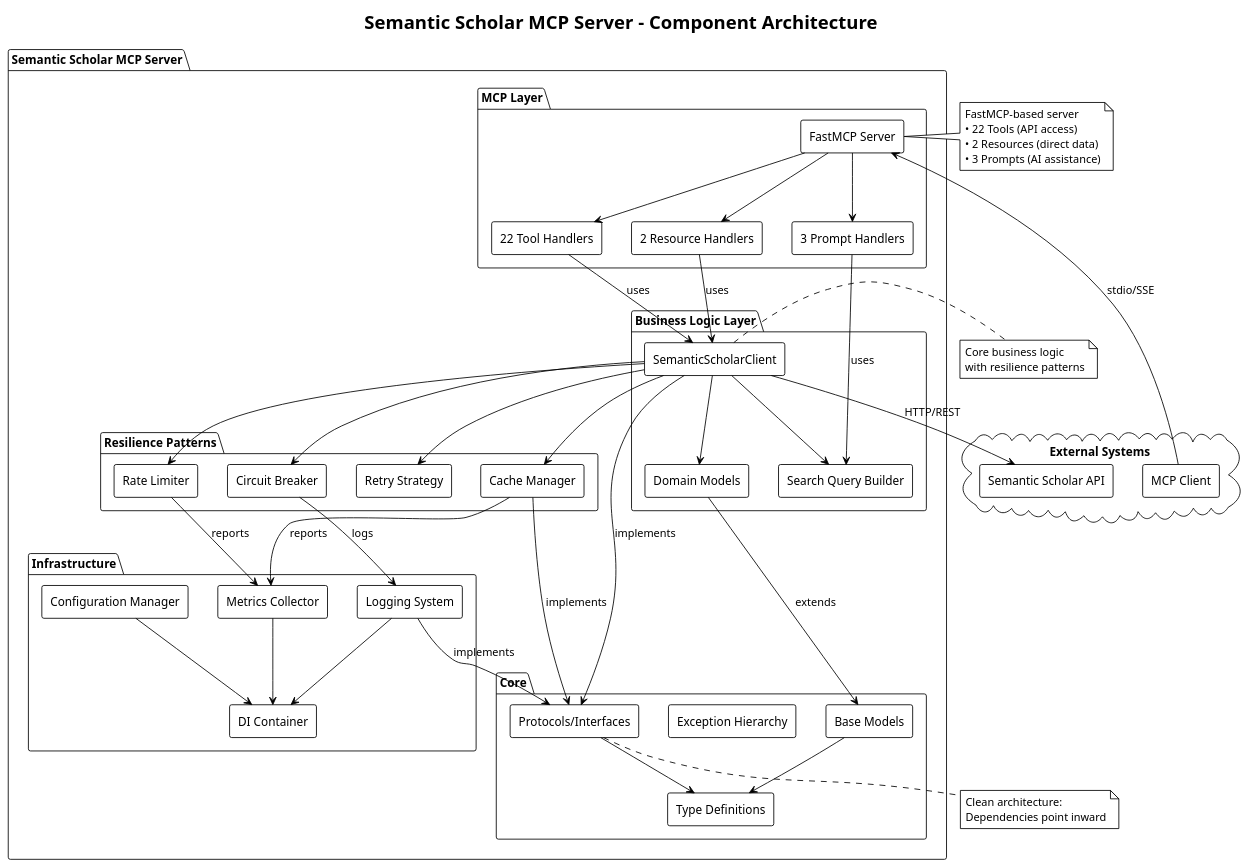
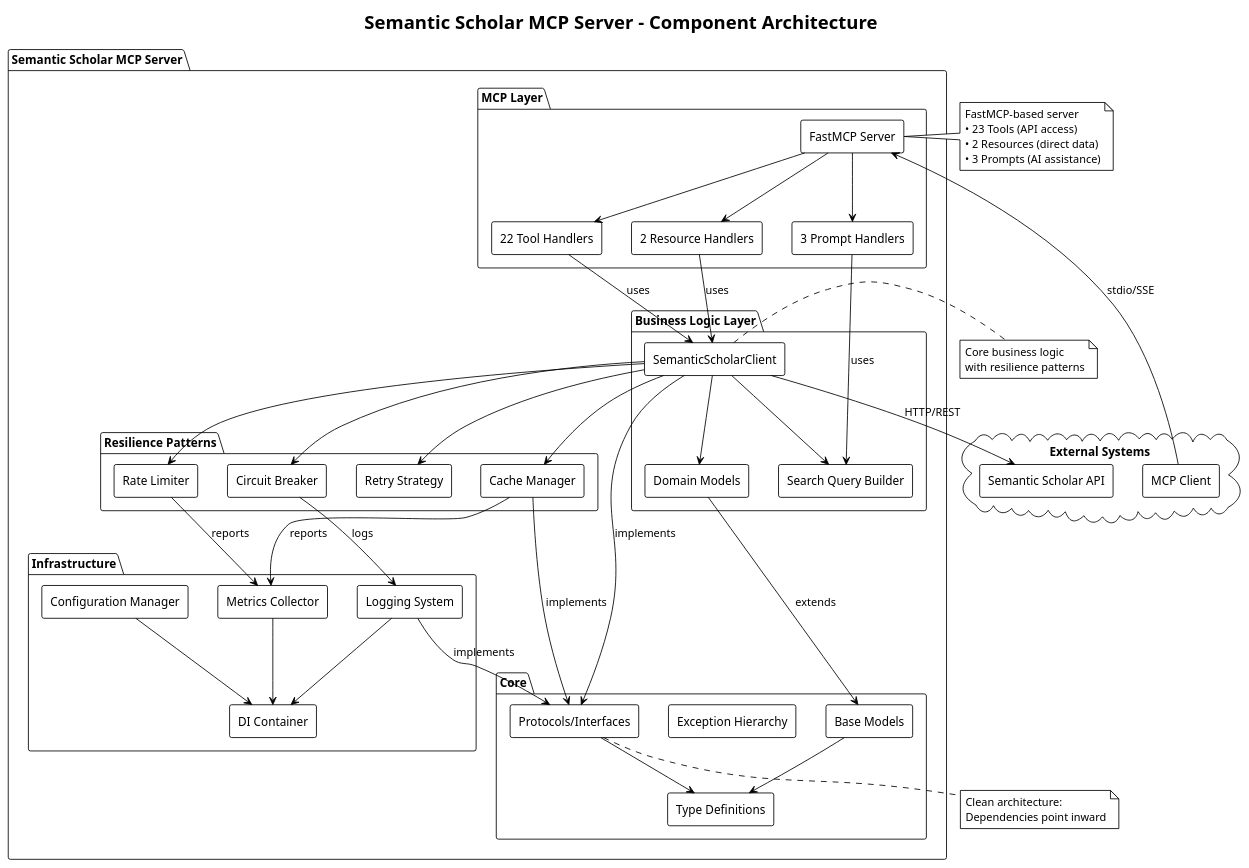
The diagram in docs/uml/02-overview-component-diagram.puml (hy20191108/semantic-scholar-mcp), drawn with PlantUML before and after one commit. The commit also changed 16 other files, not shown here.

```diff
--- a/docs/uml/02-overview-component-diagram.puml
+++ b/docs/uml/02-overview-component-diagram.puml
@@ -1,110 +1,110 @@
 @startuml semantic-scholar-mcp-component-diagram
 !theme plain
 skinparam componentStyle rectangle
 
 title Semantic Scholar MCP Server - Component Architecture
 
 ' External Systems
 cloud "External Systems" {
   [Semantic Scholar API] as SSAPI
   [MCP Client] as MCPClient
 }
 
 ' Main Application Package
 package "Semantic Scholar MCP Server" {
   
   ' MCP Layer
   package "MCP Layer" {
     [FastMCP Server] as MCPServer
     [22 Tool Handlers] as Tools
     [2 Resource Handlers] as Resources
     [3 Prompt Handlers] as Prompts
     
     MCPServer --> Tools
     MCPServer --> Resources
     MCPServer --> Prompts
   }
   
   ' Business Logic Layer
   package "Business Logic Layer" {
     [SemanticScholarClient] as Client
     [Domain Models] as Models
     [Search Query Builder] as QueryBuilder
     
     Client --> Models
     Client --> QueryBuilder
   }
   
   ' Resilience Layer
   package "Resilience Patterns" {
     [Circuit Breaker] as CB
     [Rate Limiter] as RL
     [Retry Strategy] as Retry
     [Cache Manager] as Cache
     
     Client --> CB
     Client --> RL
     Client --> Retry
     Client --> Cache
   }
   
   ' Infrastructure Layer
   package "Infrastructure" {
     [Configuration Manager] as Config
     [Logging System] as Logging
     [Metrics Collector] as Metrics
     [DI Container] as DIContainer
     
     Config --> DIContainer
     Logging --> DIContainer
     Metrics --> DIContainer
   }
   
   ' Core Layer
   package "Core" {
     [Protocols/Interfaces] as Protocols
     [Exception Hierarchy] as Exceptions
     [Type Definitions] as Types
     [Base Models] as BaseModels
     
     Protocols --> Types
     BaseModels --> Types
   }
 }
 
 ' Dependencies between layers
 Tools --> Client : uses
 Resources --> Client : uses
 Prompts --> QueryBuilder : uses
 
 Client --> SSAPI : HTTP/REST
 MCPClient --> MCPServer : stdio/SSE
 
 CB --> Logging : logs
 RL --> Metrics : reports
 Cache --> Metrics : reports
 
 Models --> BaseModels : extends
 Client --> Protocols : implements
 Cache --> Protocols : implements
 Logging --> Protocols : implements
 
 ' Notes
 note right of MCPServer
   FastMCP-based server
-  • 22 Tools (API access)
+  • 23 Tools (API access)
   • 2 Resources (direct data)
   • 3 Prompts (AI assistance)
 end note
 
 note right of Client
   Core business logic
   with resilience patterns
 end note
 
 note bottom of Protocols
   Clean architecture:
   Dependencies point inward
 end note
 
 @enduml
```
